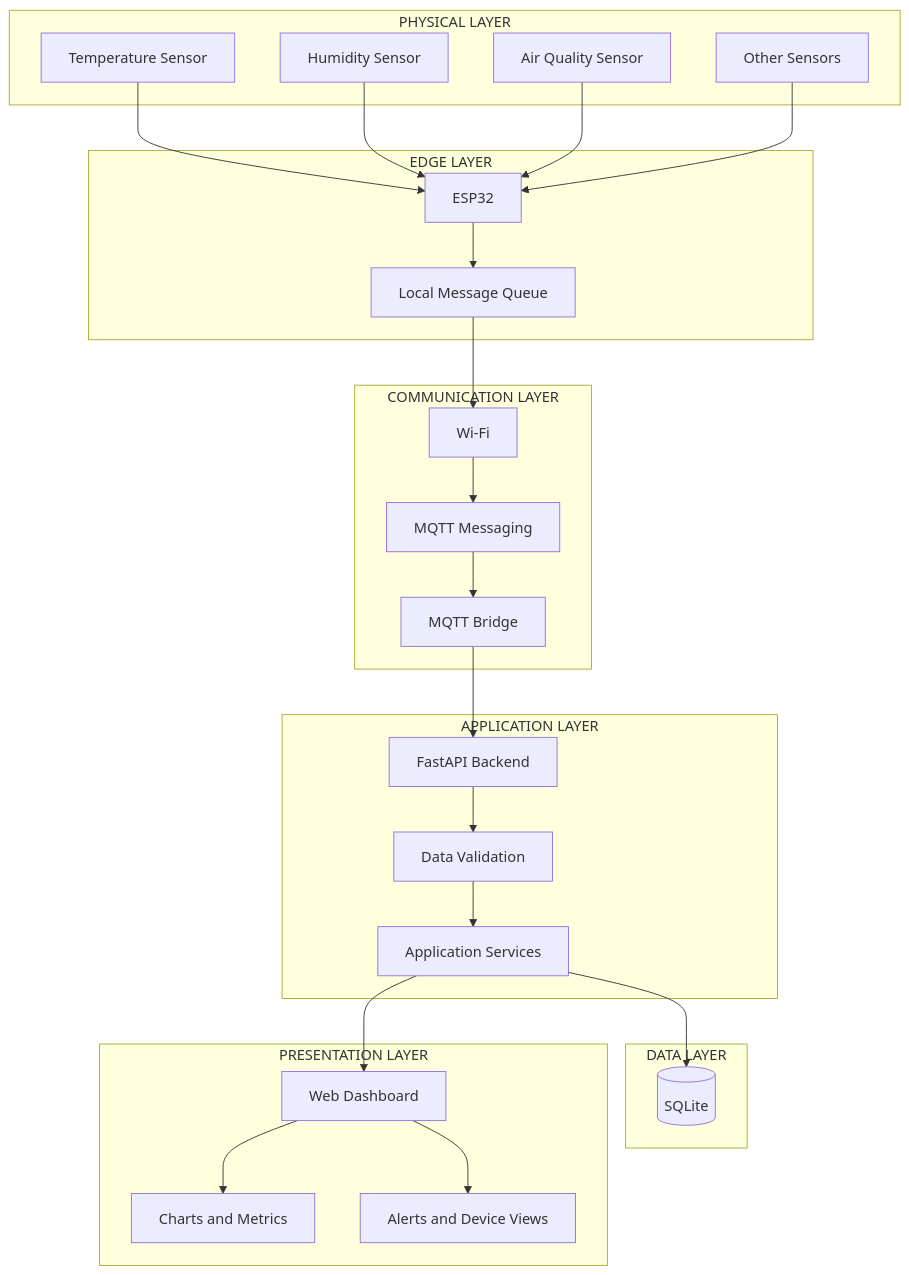
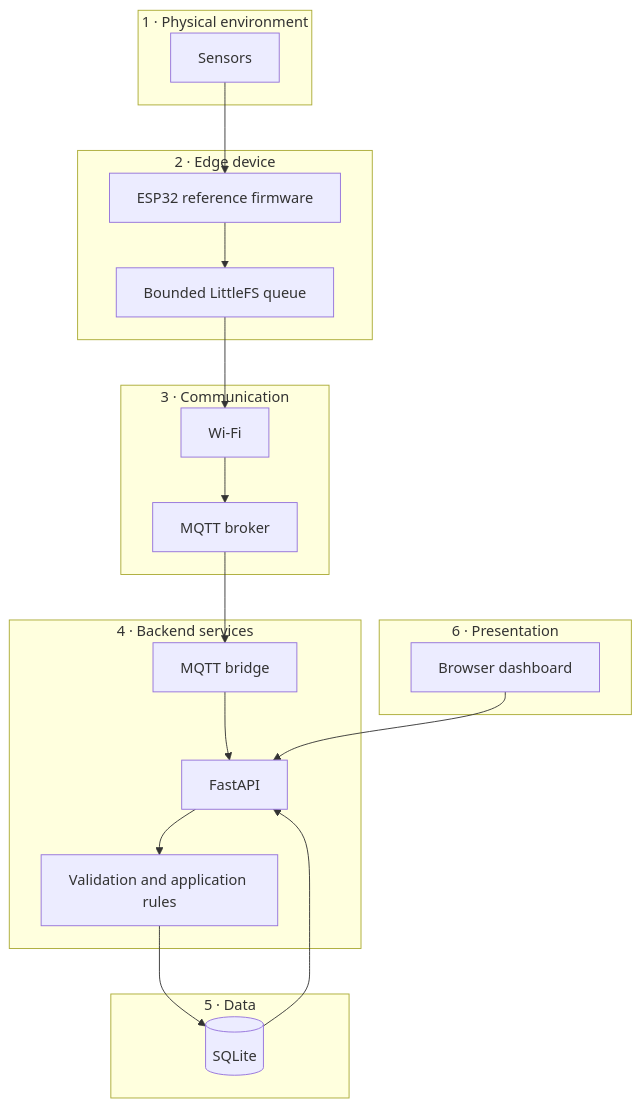
One commit to chamanvashishth/MW-SENSE changed the first of 2 diagrams in README.md. Above: the diagram before and after it, drawn with Mermaid. The commit also changed other lines of this file, not shown here.

````diff
--- a/README.md
+++ b/README.md
@@ -98,52 +93,34 @@
 ```mermaid
 flowchart TB
-    subgraph Physical["PHYSICAL LAYER"]
-        S1["Temperature Sensor"]
-        S2["Humidity Sensor"]
-        S3["Air Quality Sensor"]
-        S4["Other Sensors"]
-    end
-
-    subgraph Edge["EDGE LAYER"]
-        ESP["ESP32"]
-        QUEUE["Local Message Queue"]
-    end
-
-    subgraph Communication["COMMUNICATION LAYER"]
-        WIFI["Wi-Fi"]
-        MQTT["MQTT Messaging"]
-        BRIDGE["MQTT Bridge"]
-    end
-
-    subgraph Backend["APPLICATION LAYER"]
-        API["FastAPI Backend"]
-        VALIDATION["Data Validation"]
-        SERVICE["Application Services"]
-    end
-
-    subgraph Storage["DATA LAYER"]
-        DB[("SQLite")]
-    end
-
-    subgraph Presentation["PRESENTATION LAYER"]
-        DASH["Web Dashboard"]
-        CHARTS["Charts and Metrics"]
-        ALERTS["Alerts and Device Views"]
-    end
-
-    S1 --> ESP
-    S2 --> ESP
-    S3 --> ESP
-    S4 --> ESP
-    ESP --> QUEUE
-    QUEUE --> WIFI
-    WIFI --> MQTT
-    MQTT --> BRIDGE
-    BRIDGE --> API
-    API --> VALIDATION
-    VALIDATION --> SERVICE
-    SERVICE --> DB
-    SERVICE --> DASH
-    DASH --> CHARTS
-    DASH --> ALERTS
+  subgraph Field["1 · Physical environment"]
+    S["Sensors"]
+  end
+  subgraph Edge["2 · Edge device"]
+    E["ESP32 reference firmware"]
+    Q["Bounded LittleFS queue"]
+    E --> Q
+  end
+  subgraph Transport["3 · Communication"]
+    W["Wi-Fi"]
+    M["MQTT broker"]
+    W --> M
+  end
+  subgraph Services["4 · Backend services"]
+    B["MQTT bridge"]
+    A["FastAPI"]
+    V["Validation and application rules"]
+    B --> A --> V
+  end
+  subgraph Persistence["5 · Data"]
+    DB[("SQLite")]
+    V --> DB
+  end
+  subgraph Client["6 · Presentation"]
+    UI["Browser dashboard"]
+    UI --> A
+    DB --> A
+  end
+  S --> E
+  Q --> W
+  M --> B
 ```
````
